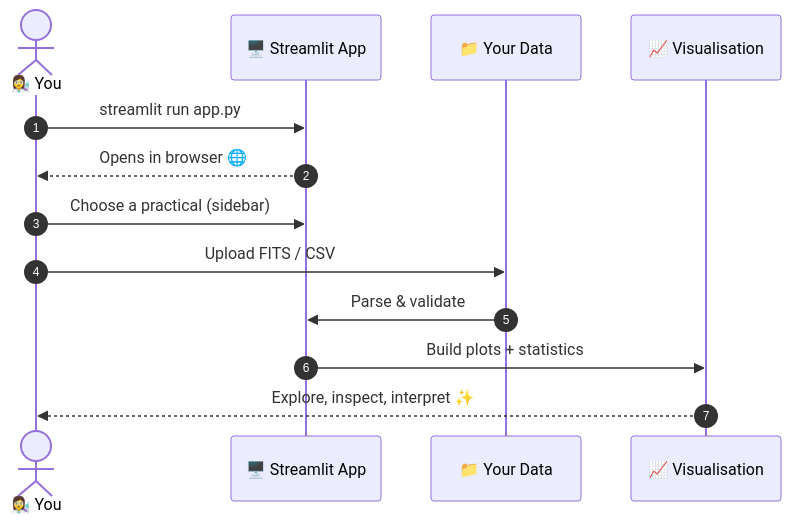
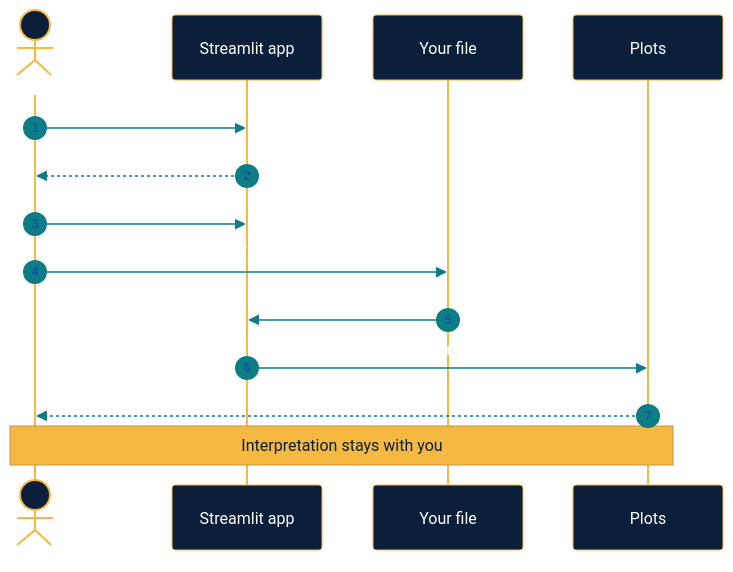
The second of 3 diagrams in README.md (LuthandoCandlovu/DARA-Astronomy-Practicals-Kenya-Illeret-), drawn with Mermaid before and after one commit. The commit also changed other lines of this file, not shown here.

````diff
--- a/README.md
+++ b/README.md
@@ -98,16 +61,17 @@
 ```mermaid
+%%{init: {'theme':'base','themeVariables':{'primaryColor':'#0B1F3A','primaryTextColor':'#ffffff','primaryBorderColor':'#0E7C86','lineColor':'#F5B942','actorBkg':'#0B1F3A','actorTextColor':'#ffffff','actorBorder':'#F5B942','signalColor':'#0E7C86','noteBkgColor':'#F5B942','noteTextColor':'#0B1F3A'}}}%%
 sequenceDiagram
     autonumber
-    actor You as 👩‍🔬 You
-    participant App as 🖥️ Streamlit App
-    participant Data as 📁 Your Data
-    participant Plot as 📈 Visualisation
-
-    You->>App: streamlit run app.py
-    App-->>You: Opens in browser 🌐
-    You->>App: Choose a practical (sidebar)
-    You->>Data: Upload FITS / CSV
-    Data->>App: Parse & validate
-    App->>Plot: Build plots + statistics
-    Plot-->>You: Explore, inspect, interpret ✨
+    actor U as You
+    participant A as Streamlit app
+    participant D as Your file
+    participant P as Plots
+    U->>A: streamlit run app.py
+    A-->>U: Opens in browser
+    U->>A: Choose a practical
+    U->>D: Upload FITS or CSV
+    D->>A: Parse and validate
+    A->>P: Build plots and statistics
+    P-->>U: Explore and interpret
+    Note over U,P: Interpretation stays with you
 ```
````
